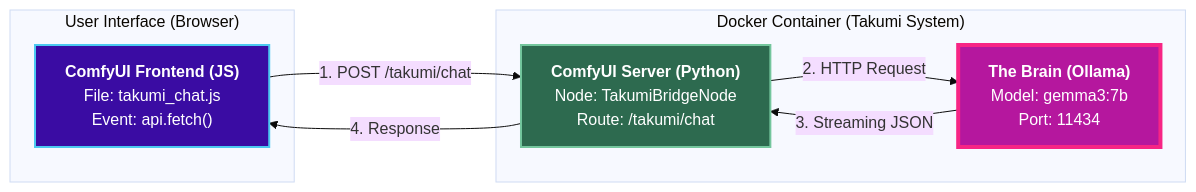
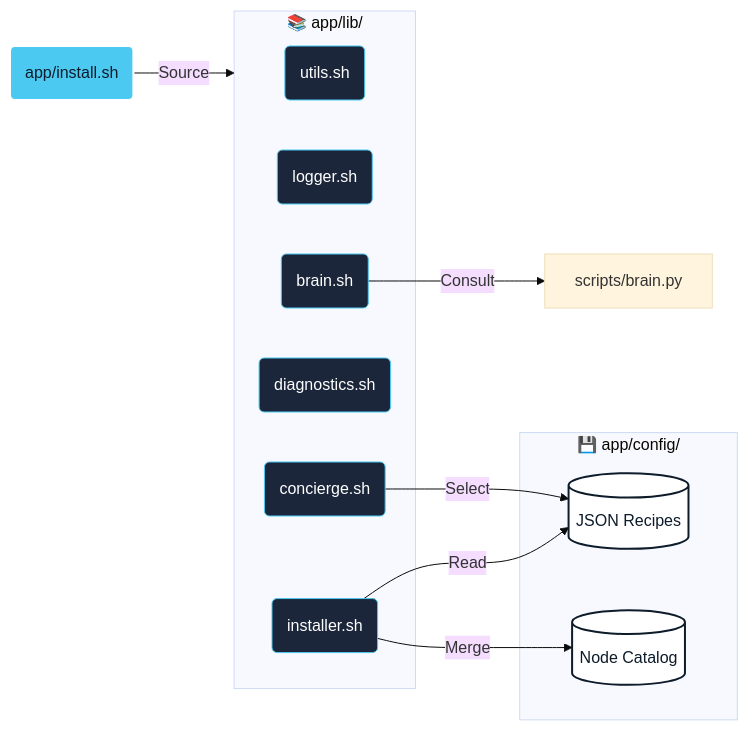
Before and after one commit to roguelikeCode/takumi-comfyui-advisor: the second of 4 diagrams in architecture.md, drawn with Mermaid (base theme). The commit also changed other lines of this file and 24 other files, not shown here.

First line of the commit message:
refactor(core): complete system-wide architecture modernization and code beautification

````diff
--- a/architecture.md
+++ b/architecture.md
@@ -27,21 +58,29 @@
 ```mermaid
 graph LR
-    %% 定義: クラスによるスタイリング
-    classDef ui fill:#3a0ca3,stroke:#4cc9f0,stroke-width:2px,color:#ffffff;
-    classDef server fill:#2d6a4f,stroke:#74c69d,stroke-width:2px,color:#ffffff;
-    classDef brain fill:#b5179e,stroke:#f72585,stroke-width:4px,color:#ffffff;
+    %% Color Palette: Yamato Navy & Cyan
+    classDef entry fill:#4cc9f0,stroke:#fff,stroke-width:2px,color:#0d1b2a;
+    classDef lib fill:#1b263b,stroke:#4cc9f0,stroke-width:1px,color:#fff;
+    classDef data fill:#ffffff,stroke:#0d1b2a,stroke-width:2px,color:#0d1b2a;
 
-    subgraph Browser["User Interface (Browser)"]
-        A["<b>ComfyUI Frontend (JS)</b><br/>File: takumi_chat.js<br/>Event: api.fetch()"]:::ui
+    Entry("app/install.sh"):::entry
+
+    subgraph Libraries ["📚 app/lib/"]
+        Utils(utils.sh):::lib
+        Logger(logger.sh):::lib
+        BrainInterface(brain.sh):::lib
+        Diagnostics(diagnostics.sh):::lib
+        Concierge(concierge.sh):::lib
+        Core(installer.sh):::lib
     end
 
-    subgraph Container["Docker Container (Takumi System)"]
-        B["<b>ComfyUI Server (Python)</b><br/>Node: TakumiBridgeNode<br/>Route: /takumi/chat"]:::server
-        C["<b>The Brain (Ollama)</b><br/>Model: gemma3:7b<br/>Port: 11434"]:::brain
+    subgraph Data ["💾 app/config/"]
+        Recipes[("JSON Recipes")]:::data
+        Catalog[("Node Catalog")]:::data
     end
 
-    A -- "1. POST /takumi/chat" --> B
-    B -- "2. HTTP Request" --> C
-    C -- "3. Streaming JSON" --> B
-    B -- "4. Response" --> A
+    Entry -->|Source| Libraries
+    Core -->|Read| Recipes
+    Core -->|Merge| Catalog
+    Concierge -->|Select| Recipes
+    BrainInterface -->|Consult| Brain["scripts/brain.py"]
 ```
````
